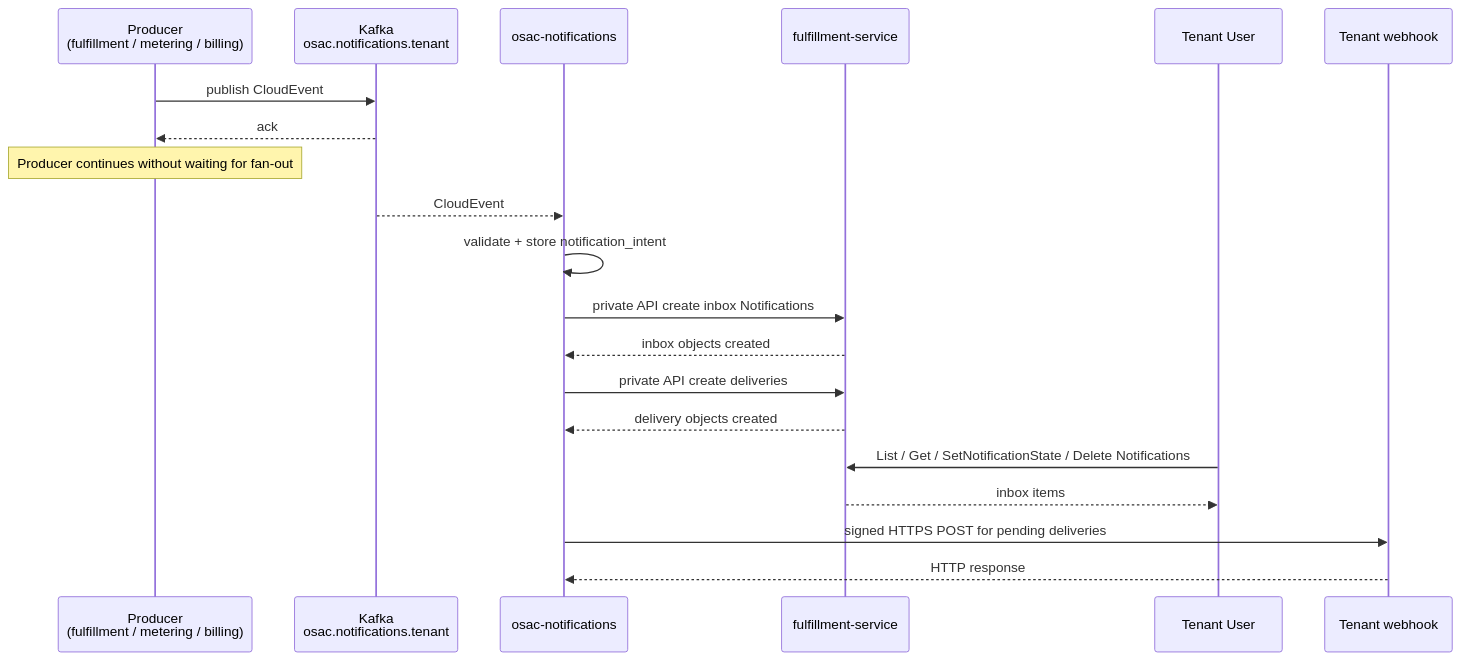
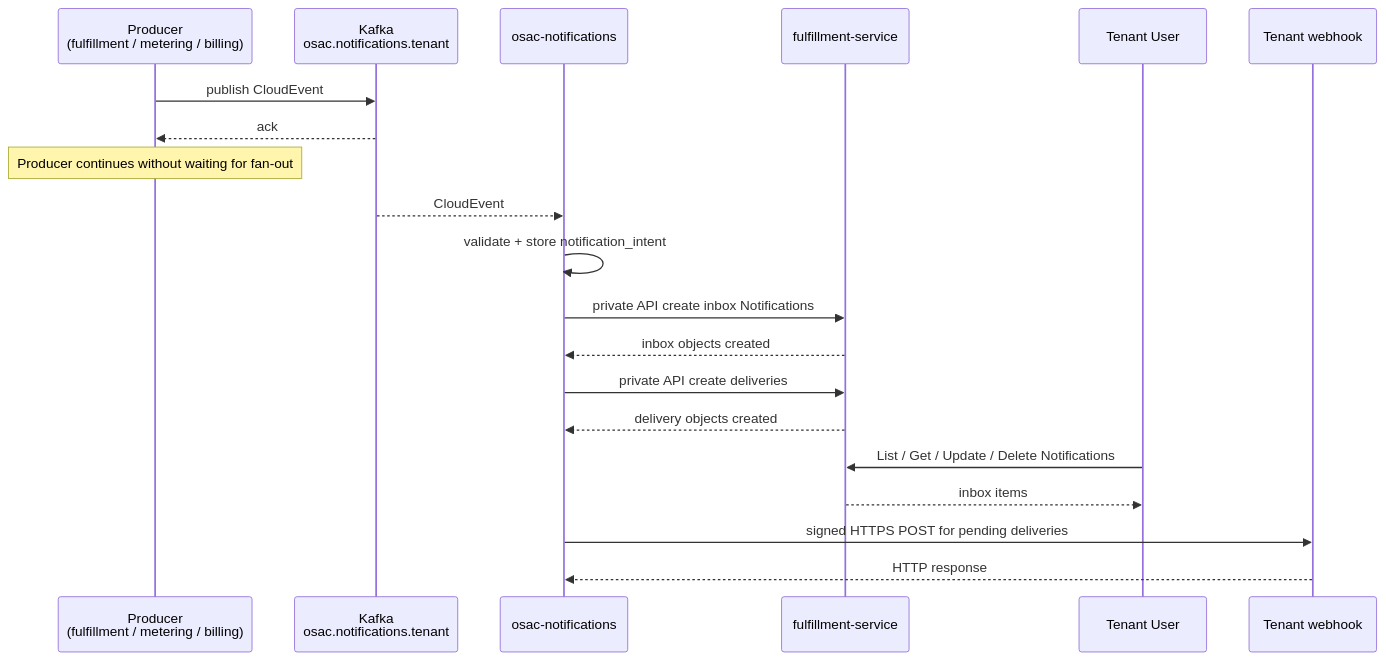
One commit to osac-project/enhancement-proposals changed the second of 2 diagrams in enhancements/OSAC-75-notifications/design.md. Above: the diagram before and after it, drawn with Mermaid. The commit also changed other lines of this file, not shown here.

````diff
--- a/enhancements/OSAC-75-notifications/design.md
+++ b/enhancements/OSAC-75-notifications/design.md
@@ -91,22 +91,22 @@
 ```mermaid
 sequenceDiagram
     participant Prod as Producer <br>(fulfillment / metering / billing)
     participant Kafka as Kafka <br>osac.notifications.tenant
     participant N as osac-notifications
     participant FS as fulfillment-service
     participant User as Tenant User
     participant Hook as Tenant webhook
     Prod ->> Kafka: publish CloudEvent
     Kafka -->> Prod: ack
     Note over Prod: Producer continues without waiting for fan-out
     Kafka -->> N: CloudEvent
     N ->> N: validate + store notification_intent
     N ->> FS: private API create inbox Notifications
     FS -->> N: inbox objects created
     N ->> FS: private API create deliveries
     FS -->> N: delivery objects created
-    User ->> FS: List / Get / SetNotificationState / Delete Notifications
+    User ->> FS: List / Get / Update / Delete Notifications
     FS -->> User: inbox items
     N ->> Hook: signed HTTPS POST for pending deliveries
     Hook -->> N: HTTP response
 ```
````
